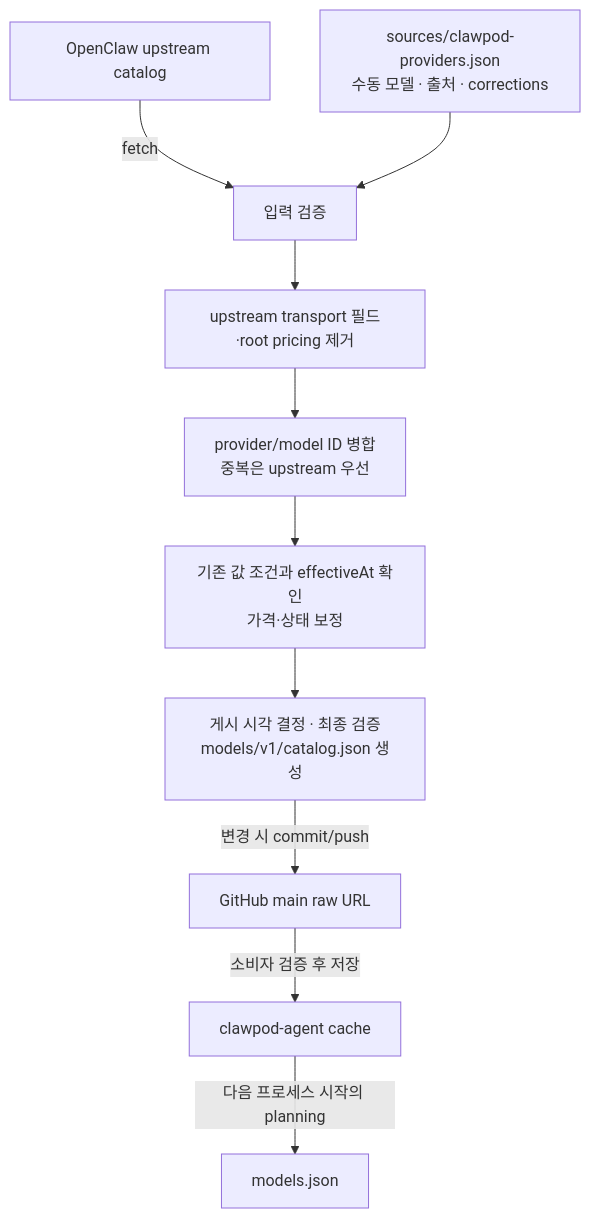
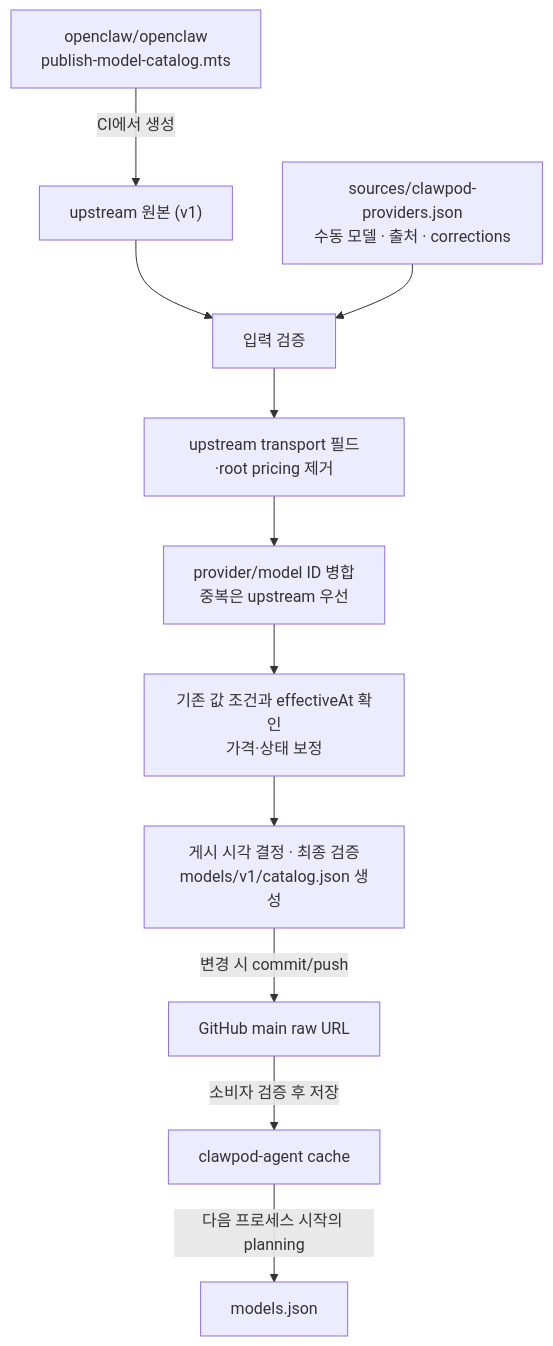
One commit to Wondermove-Inc/clawpod-catalog changed the diagram in README.md. Above: the diagram before and after it, drawn with Mermaid. The commit also changed other lines of this file and 5 other files, not shown here.

First line of the commit message:
feat: generate the OpenClaw catalog in CI instead of mirroring catalog.openclaw.ai

````diff
--- a/README.md
+++ b/README.md
@@ -22,12 +22,13 @@
 ```mermaid
 flowchart TD
-    U["OpenClaw upstream catalog"] -->|"fetch"| V["입력 검증"]
+    O["openclaw/openclaw<br/>publish-model-catalog.mts"] -->|"CI에서 생성"| U["upstream 원본 (v1)"]
+    U --> V["입력 검증"]
     S["sources/clawpod-providers.json<br/>수동 모델 · 출처 · corrections"] --> V
     V --> T["upstream transport 필드·root pricing 제거"]
     T --> M["provider/model ID 병합<br/>중복은 upstream 우선"]
     M --> C["기존 값 조건과 effectiveAt 확인<br/>가격·상태 보정"]
     C --> P["게시 시각 결정 · 최종 검증<br/>models/v1/catalog.json 생성"]
     P -->|"변경 시 commit/push"| G["GitHub main raw URL"]
     G -->|"소비자 검증 후 저장"| A["clawpod-agent cache"]
     A -->|"다음 프로세스 시작의 planning"| R["models.json"]
 ```
````
